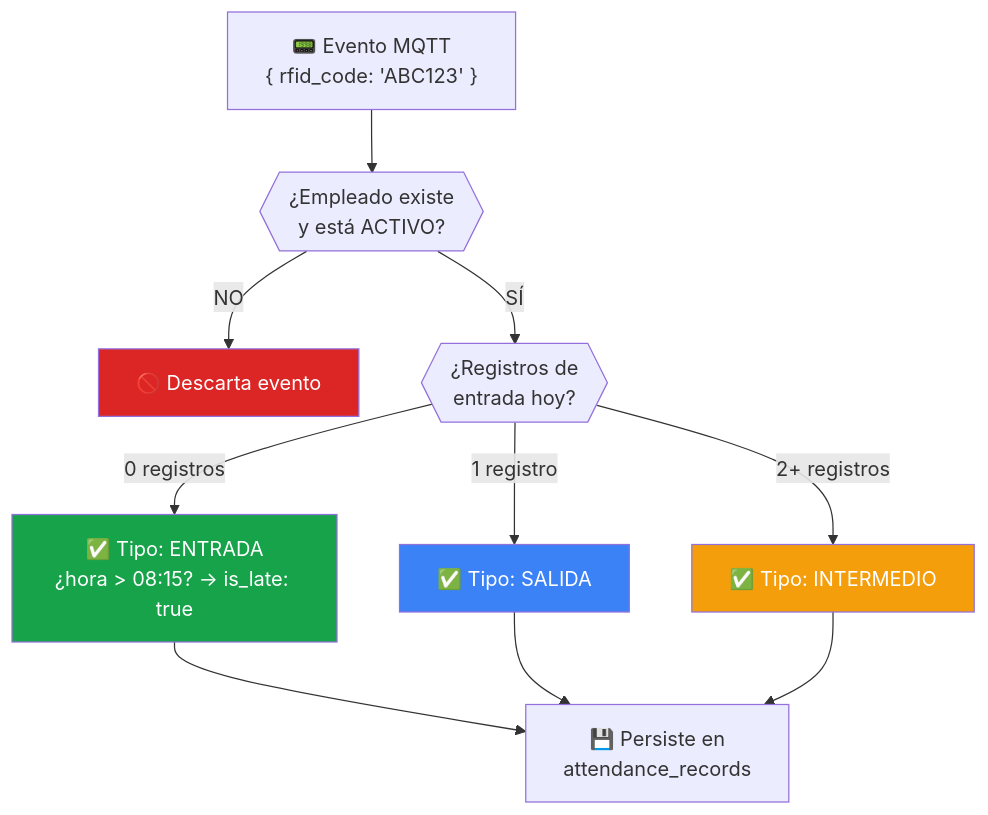
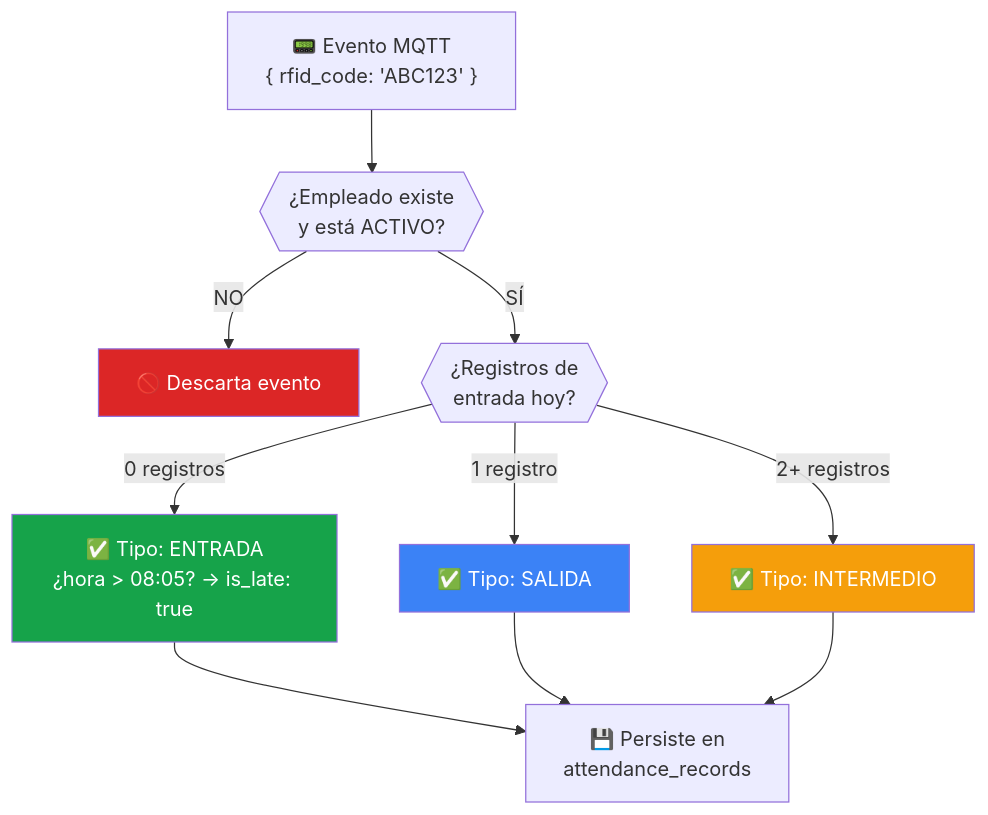
One commit to marianodr/kuaai-intelligent-hrms changed the fifth of 12 diagrams in ARCHITECTURE.md. Above: the diagram before and after it, drawn with Mermaid. The commit also changed other lines of this file and 7 other files, not shown here.

````diff
--- a/ARCHITECTURE.md
+++ b/ARCHITECTURE.md
@@ -264,26 +264,26 @@
 ```mermaid
 flowchart TD
     RFID["📟 Evento MQTT\n{ rfid_code: 'ABC123' }"]
     CHECK_EMP{{"¿Empleado existe\ny está ACTIVO?"}}
     DISCARD["🚫 Descarta evento"]
     COUNT{{"¿Registros de\nentrada hoy?"}}
-    ENTRADA["✅ Tipo: ENTRADA\n¿hora > 08:15? → is_late: true"]
+    ENTRADA["✅ Tipo: ENTRADA\n¿hora > 08:05? → is_late: true"]
     SALIDA["✅ Tipo: SALIDA"]
     INTER["✅ Tipo: INTERMEDIO"]
     SAVE["💾 Persiste en\nattendance_records"]
 
     RFID --> CHECK_EMP
     CHECK_EMP -->|"NO"| DISCARD
     CHECK_EMP -->|"SÍ"| COUNT
     COUNT -->|"0 registros"| ENTRADA
     COUNT -->|"1 registro"| SALIDA
     COUNT -->|"2+ registros"| INTER
     ENTRADA --> SAVE
     SALIDA --> SAVE
     INTER --> SAVE
 
     style ENTRADA fill:#16a34a,color:#fff
     style SALIDA fill:#3b82f6,color:#fff
     style INTER fill:#f59e0b,color:#fff
     style DISCARD fill:#dc2626,color:#fff
 ```
````
